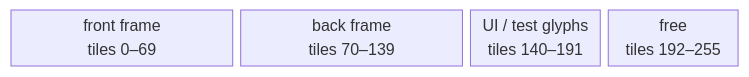
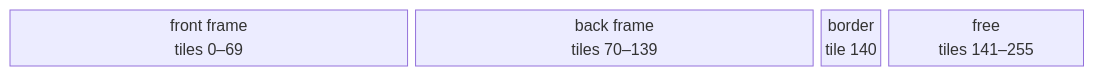
The second of 3 diagrams in docs/plans/2026-07-30-lzss-gallery-exhirom-video-boundary-test.md (wbniv/llvm-mos-65816), drawn with Mermaid before and after one commit. The commit also changed other lines of this file and 1 other file, not shown here.

````diff
--- a/docs/plans/2026-07-30-lzss-gallery-exhirom-video-boundary-test.md
+++ b/docs/plans/2026-07-30-lzss-gallery-exhirom-video-boundary-test.md
@@ -177,8 +204,8 @@
 ```mermaid
 block-beta
   columns 16
-  front["front frame<br/>tiles 0–69"]:5
-  back["back frame<br/>tiles 70–139"]:5
-  ui["UI / test glyphs<br/>tiles 140–191"]:3
-  free["free<br/>tiles 192–255"]:3
+  front["front frame<br/>tiles 0–69"]:6
+  back["back frame<br/>tiles 70–139"]:6
+  black["border<br/>tile 140"]:1
+  free["free<br/>tiles 141–255"]:3
 ```
````
